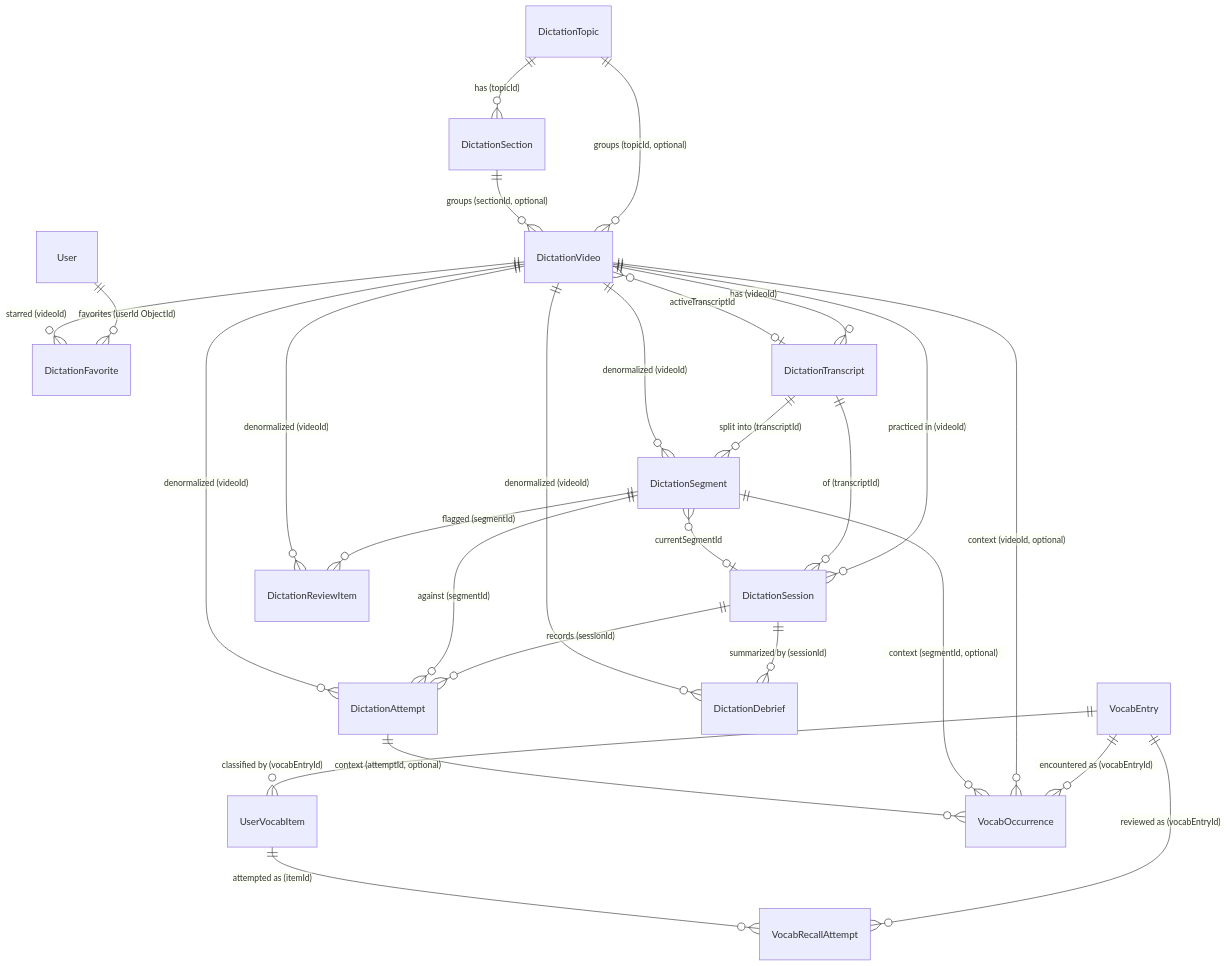
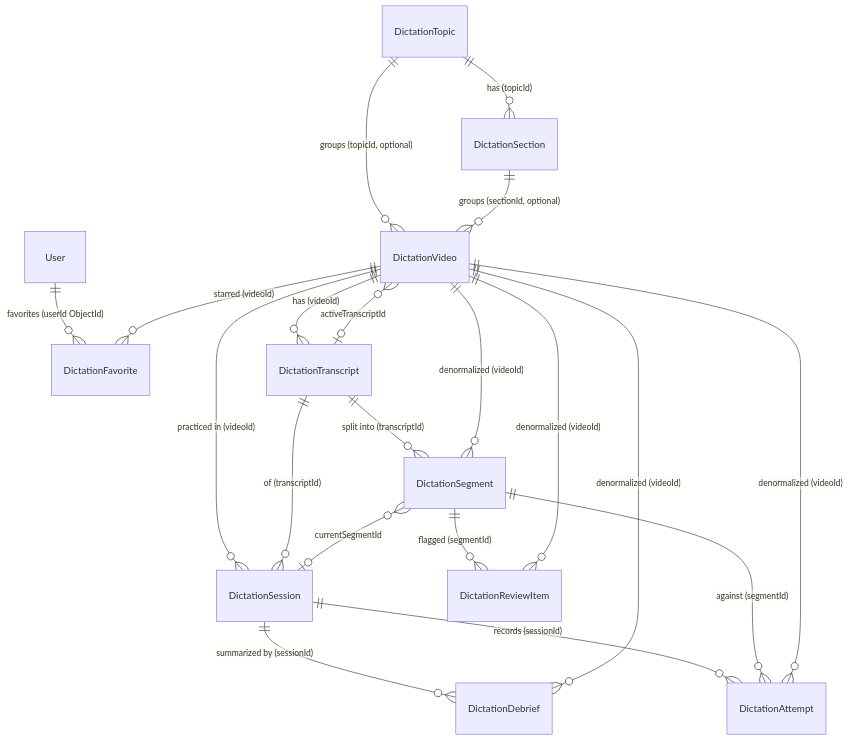
The first of 6 diagrams in docs/03-data-model.md (NaKMiers/English_For_Only_Me), drawn with Mermaid before and after one commit. The commit also changed other lines of this file and 12 other files, not shown here.

````diff
--- a/docs/03-data-model.md
+++ b/docs/03-data-model.md
@@ -57,38 +88,29 @@
 ```mermaid
 erDiagram
     User ||--o{ DictationFavorite : "favorites (userId ObjectId)"
 
     DictationTopic ||--o{ DictationSection : "has (topicId)"
     DictationTopic ||--o{ DictationVideo : "groups (topicId, optional)"
     DictationSection ||--o{ DictationVideo : "groups (sectionId, optional)"
 
     DictationVideo ||--o{ DictationTranscript : "has (videoId)"
     DictationVideo }o--o| DictationTranscript : "activeTranscriptId"
     DictationTranscript ||--o{ DictationSegment : "split into (transcriptId)"
     DictationVideo ||--o{ DictationSegment : "denormalized (videoId)"
 
     DictationVideo ||--o{ DictationSession : "practiced in (videoId)"
     DictationTranscript ||--o{ DictationSession : "of (transcriptId)"
     DictationSegment }o--o| DictationSession : "currentSegmentId"
 
     DictationSession ||--o{ DictationAttempt : "records (sessionId)"
     DictationSegment ||--o{ DictationAttempt : "against (segmentId)"
     DictationVideo ||--o{ DictationAttempt : "denormalized (videoId)"
 
     DictationSegment ||--o{ DictationReviewItem : "flagged (segmentId)"
     DictationVideo ||--o{ DictationReviewItem : "denormalized (videoId)"
 
     DictationSession ||--o{ DictationDebrief : "summarized by (sessionId)"
     DictationVideo ||--o{ DictationDebrief : "denormalized (videoId)"
 
     DictationVideo ||--o{ DictationFavorite : "starred (videoId)"
-
-    VocabEntry ||--o{ UserVocabItem : "classified by (vocabEntryId)"
-    VocabEntry ||--o{ VocabOccurrence : "encountered as (vocabEntryId)"
-    VocabEntry ||--o{ VocabRecallAttempt : "reviewed as (vocabEntryId)"
-    UserVocabItem ||--o{ VocabRecallAttempt : "attempted as (itemId)"
-
-    DictationVideo ||--o{ VocabOccurrence : "context (videoId, optional)"
-    DictationSegment ||--o{ VocabOccurrence : "context (segmentId, optional)"
-    DictationAttempt ||--o{ VocabOccurrence : "context (attemptId, optional)"
 ```
````
